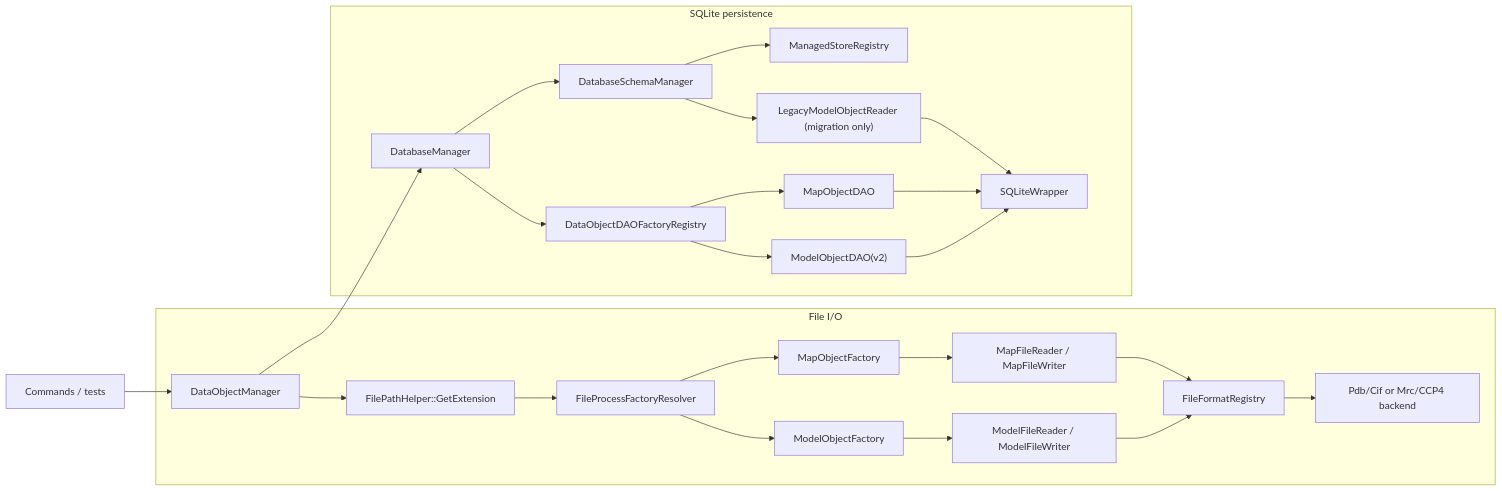
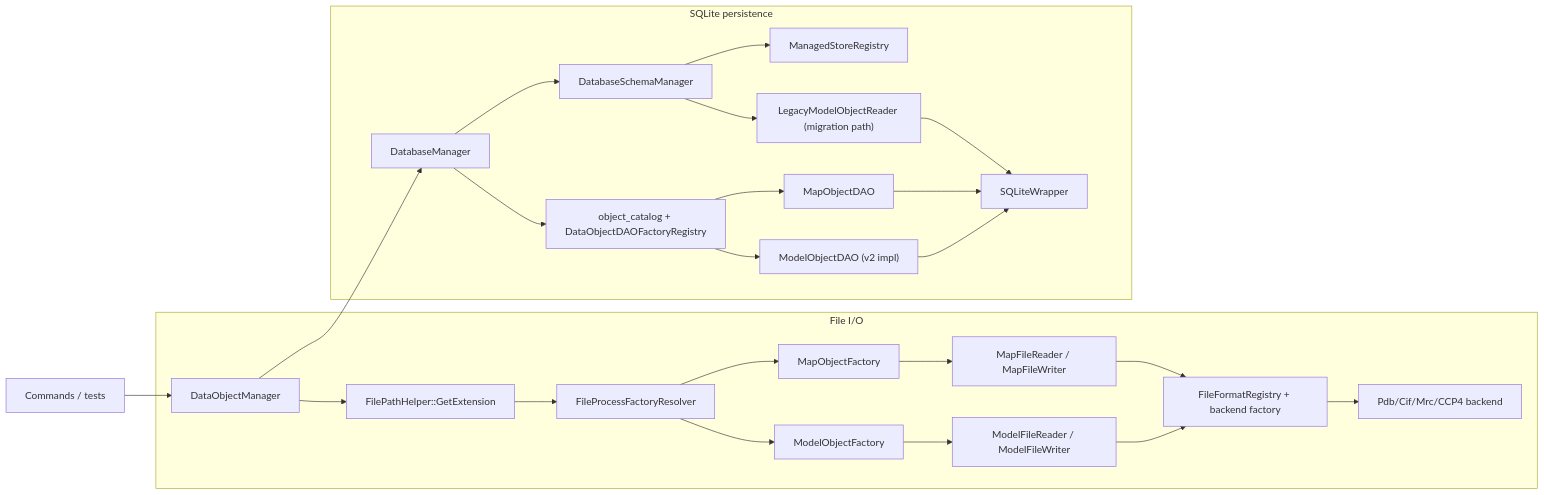
One commit to yslianTim/rhbm_gem changed the diagram in docs/developer/architecture/dataobject-io-architecture.md. Above: the diagram before and after it, drawn with Mermaid. The commit also changed other lines of this file, not shown here.

````diff
--- a/docs/developer/architecture/dataobject-io-architecture.md
+++ b/docs/developer/architecture/dataobject-io-architecture.md
@@ -65,29 +43,29 @@
 ```mermaid
 flowchart LR
     A["Commands / tests"] --> B["DataObjectManager"]
 
     subgraph F["File I/O"]
         B --> C["FilePathHelper::GetExtension"]
         C --> D["FileProcessFactoryResolver"]
         D --> E["ModelObjectFactory"]
         D --> F2["MapObjectFactory"]
         E --> G["ModelFileReader / ModelFileWriter"]
         F2 --> H["MapFileReader / MapFileWriter"]
-        G --> I["FileFormatRegistry"]
+        G --> I["FileFormatRegistry + backend factory"]
         H --> I
-        I --> J["Pdb/Cif or Mrc/CCP4 backend"]
+        I --> J["Pdb/Cif/Mrc/CCP4 backend"]
     end
 
     subgraph P["SQLite persistence"]
         B --> L["DatabaseManager"]
         L --> M["DatabaseSchemaManager"]
         M --> M2["ManagedStoreRegistry"]
-        L --> N["DataObjectDAOFactoryRegistry"]
-        N --> O["ModelObjectDAO(v2)"]
+        L --> N["object_catalog + DataObjectDAOFactoryRegistry"]
+        N --> O["ModelObjectDAO (v2 impl)"]
         N --> P2["MapObjectDAO"]
-        M --> Q["LegacyModelObjectReader (migration only)"]
+        M --> Q["LegacyModelObjectReader (migration path)"]
         O --> R["SQLiteWrapper"]
         P2 --> R
         Q --> R
     end
 ```
````
